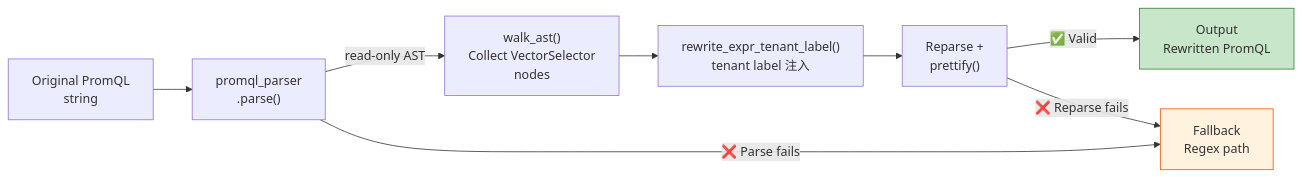
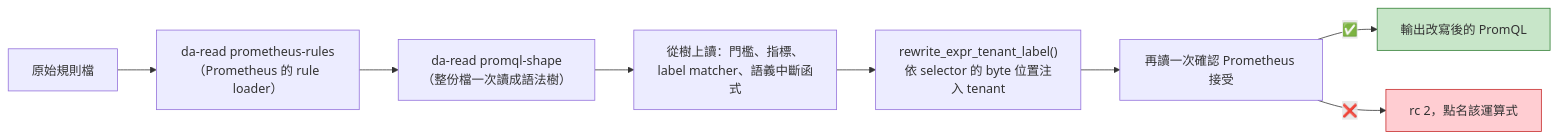
The diagram in docs/migration-engine.md (vencil/Dynamic-Alerting-Integrations), drawn with Mermaid before and after one commit. The commit also changed other lines of this file and 33 other files, not shown here.

First line of the commit message:
refactor(tools)!: 第三方 promql-parser 退場，PromQL 只由 Prometheus 的 parser 判讀（#4215）

````diff
--- a/docs/migration-engine.md
+++ b/docs/migration-engine.md
@@ -18,13 +18,13 @@
 ```mermaid
 flowchart LR
-    A["Original PromQL<br/>string"] --> B["promql_parser<br/>.parse()"]
-    B -->|"read-only AST"| C["walk_ast()<br/>Collect VectorSelector<br/>nodes"]
-    C --> D["rewrite_expr_tenant_label()<br/>tenant label 注入"]
-    D --> E["Reparse +<br/>prettify()"]
-    E -->|"✅ Valid"| F["Output<br/>Rewritten PromQL"]
-    B -->|"❌ Parse fails"| G["Fallback<br/>Regex path"]
-    E -->|"❌ Reparse fails"| G
+    A["原始規則檔"] --> B["da-read prometheus-rules<br/>（Prometheus 的 rule loader）"]
+    B --> C["da-read promql-shape<br/>（整份檔一次讀成語法樹）"]
+    C --> D["從樹上讀：門檻、指標、<br/>label matcher、語義中斷函式"]
+    D --> E["rewrite_expr_tenant_label()<br/>依 selector 的 byte 位置注入 tenant"]
+    E --> F["再讀一次確認 Prometheus 接受"]
+    F -->|"✅"| G["輸出改寫後的 PromQL"]
+    F -->|"❌"| H["rc 2，點名該運算式"]
 
-    style F fill:#c8e6c9,stroke:#2e7d32
-    style G fill:#fff3e0,stroke:#e65100
+    style G fill:#c8e6c9,stroke:#2e7d32
+    style H fill:#ffcdd2,stroke:#c62828
 ```
````
